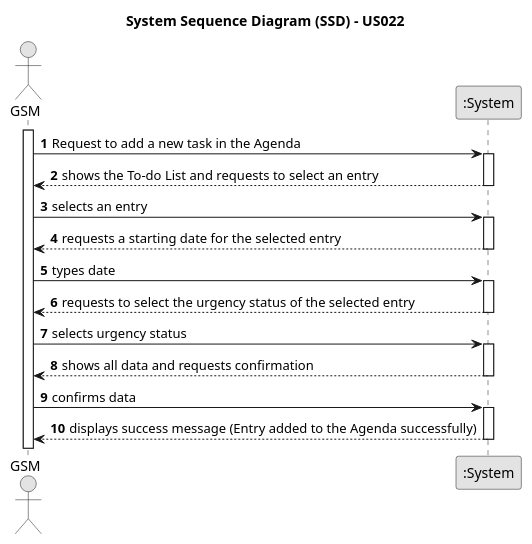
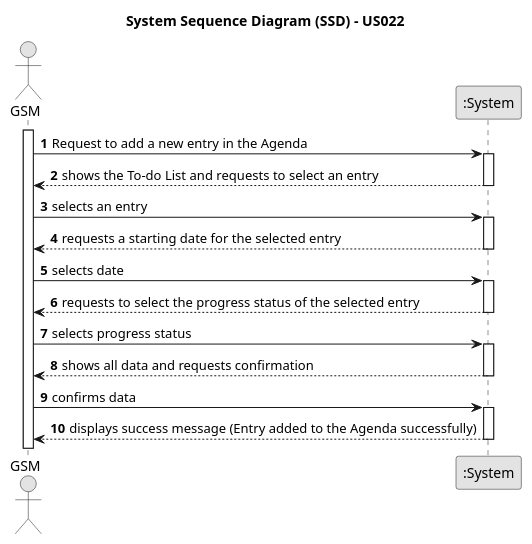
Before and after one commit to ricardomm7/leaflink: the diagram in docs/sprintC/us022/01.requirements-engineering/puml/us022-system-sequence-diagram-alternative-one.puml, drawn with PlantUML. The commit also changed 20 other files, not shown here.

```diff
--- a/docs/sprintC/us022/01.requirements-engineering/puml/us022-system-sequence-diagram-alternative-one.puml
+++ b/docs/sprintC/us022/01.requirements-engineering/puml/us022-system-sequence-diagram-alternative-one.puml
@@ -1,48 +1,48 @@
 @startuml
 skinparam monochrome true
 skinparam packageStyle rectangle
 skinparam shadowing false
 
 title System Sequence Diagram (SSD) - US022
 
 autonumber
 
 actor "GSM" as GSM
 participant ":System" as System
 
 activate GSM
 
-    GSM -> System : Request to add a new task in the Agenda
+    GSM -> System : Request to add a new entry in the Agenda
     activate System
 
         System --> GSM : shows the To-do List and requests to select an entry
     deactivate System
 
     GSM -> System : selects an entry
 
     activate System
 
         System --> GSM : requests a starting date for the selected entry
     deactivate System
 
-    GSM -> System : types date
+    GSM -> System : selects date
 
     activate System
 
-        System --> GSM : requests to select the urgency status of the selected entry
+        System --> GSM : requests to select the progress status of the selected entry
     deactivate System
 
-    GSM -> System : selects urgency status
+    GSM -> System : selects progress status
 
     activate System
 
         System --> GSM : shows all data and requests confirmation
     deactivate System
 
     GSM -> System : confirms data
     activate System
 
         System --> GSM : displays success message (Entry added to the Agenda successfully)
     deactivate System
 
 @enduml
```
